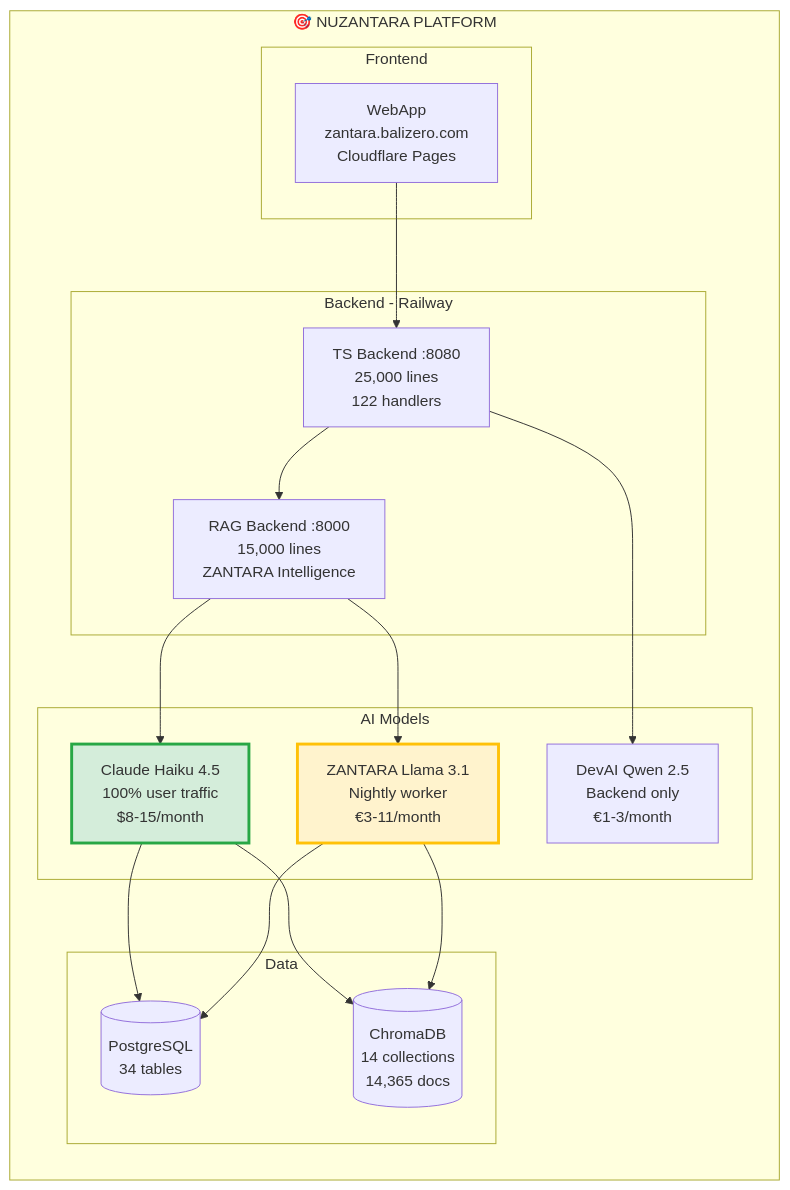
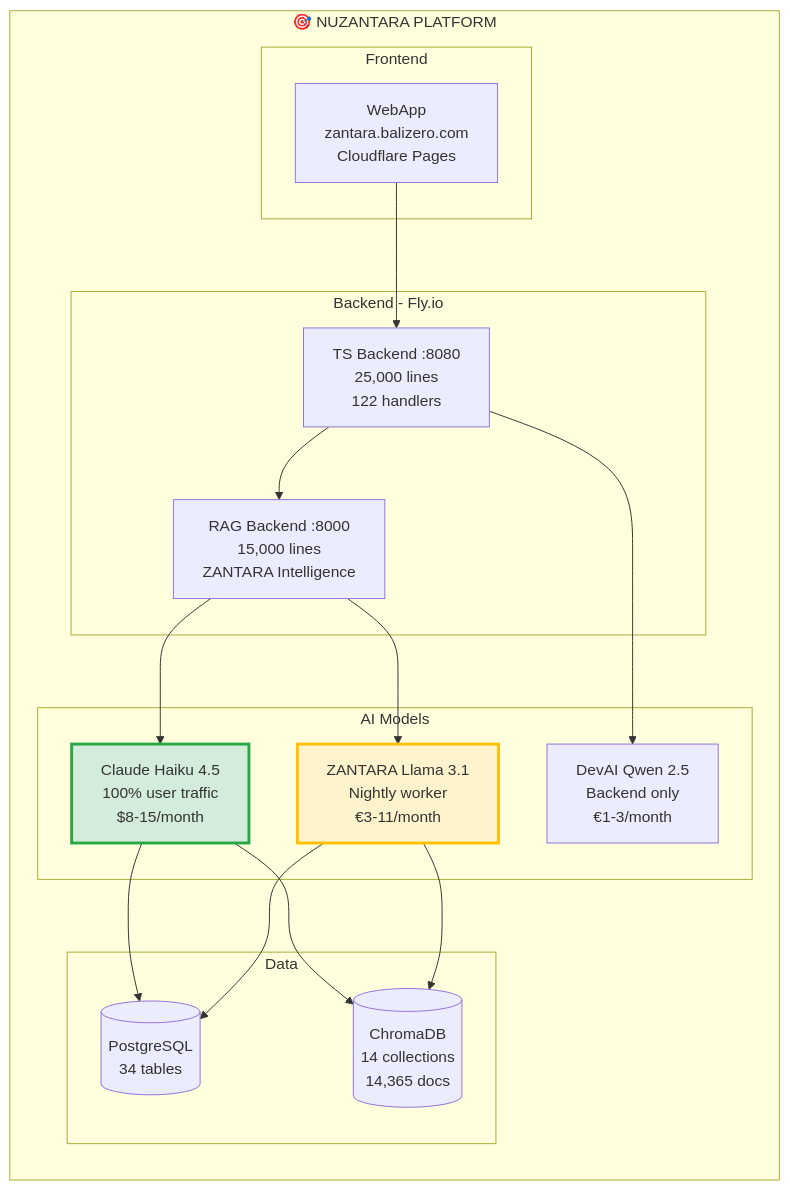
One commit to Balizero1987/nuzantara changed the diagram in docs/galaxy-map/README.md. Above: the diagram before and after it, drawn with Mermaid. The commit also changed other lines of this file and 180 other files, not shown here.

````diff
--- a/docs/galaxy-map/README.md
+++ b/docs/galaxy-map/README.md
@@ -92,39 +92,39 @@
 ```mermaid
 graph TB
     subgraph "🎯 NUZANTARA PLATFORM"
         direction TB
 
         subgraph "Frontend"
             Web[WebApp<br/>zantara.balizero.com<br/>Cloudflare Pages]
         end
 
-        subgraph "Backend - Railway"
+        subgraph "Backend - Fly.io"
             TS[TS Backend :8080<br/>25,000 lines<br/>122 handlers]
             RAG[RAG Backend :8000<br/>15,000 lines<br/>ZANTARA Intelligence]
         end
 
         subgraph "AI Models"
             Haiku[Claude Haiku 4.5<br/>100% user traffic<br/>$8-15/month]
             Llama[ZANTARA Llama 3.1<br/>Nightly worker<br/>€3-11/month]
             DevAI[DevAI Qwen 2.5<br/>Backend only<br/>€1-3/month]
         end
 
         subgraph "Data"
             PG[(PostgreSQL<br/>34 tables)]
             Chroma[(ChromaDB<br/>14 collections<br/>14,365 docs)]
         end
 
         Web --> TS
         TS --> RAG
         RAG --> Haiku
         RAG --> Llama
         TS --> DevAI
         Haiku --> PG
         Haiku --> Chroma
         Llama --> PG
         Llama --> Chroma
     end
 
     style Haiku fill:#d4edda,stroke:#28a745,stroke-width:3px
     style Llama fill:#fff3cd,stroke:#ffc107,stroke-width:3px
 ```
````
